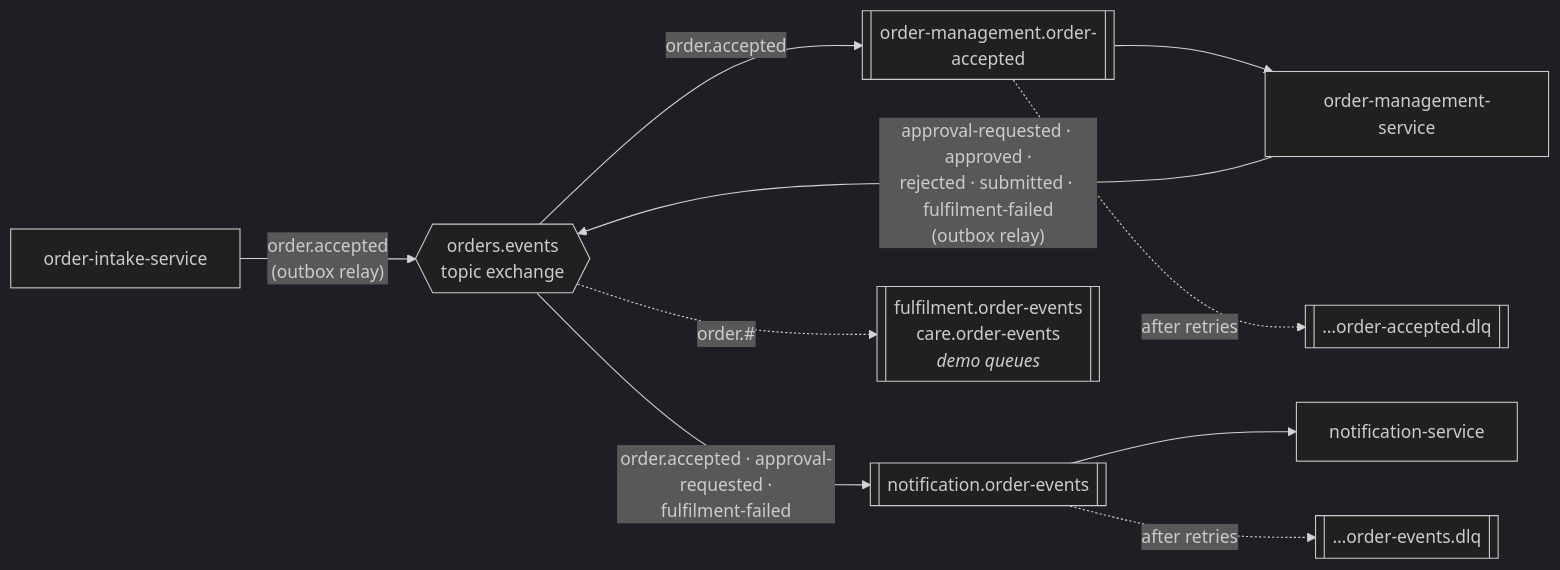
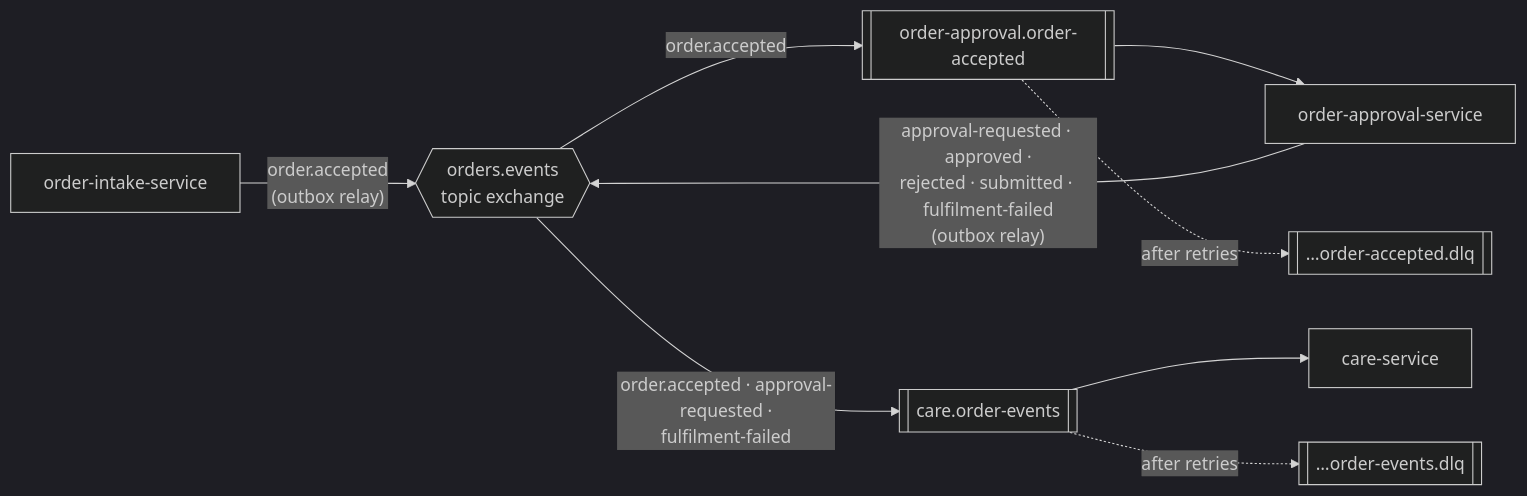
Before and after one commit to supriyathakur28/Melita: the second of 5 diagrams in docs/ARCHITECTURE.md, drawn with Mermaid (dark theme). The commit also changed other lines of this file and 4 other files, not shown here.

First line of the commit message:
Document the four-service architecture; check Fulfilment in Postman

````diff
--- a/docs/ARCHITECTURE.md
+++ b/docs/ARCHITECTURE.md
@@ -119,12 +119,11 @@
 ```mermaid
 flowchart LR
     OI["order-intake-service"] -- "order.accepted<br/>(outbox relay)" --> EX{{"orders.events<br/>topic exchange"}}
-    OM["order-management-service"] -- "approval-requested · approved ·<br/>rejected · submitted · fulfilment-failed<br/>(outbox relay)" --> EX
+    OM["order-approval-service"] -- "approval-requested · approved ·<br/>rejected · submitted · fulfilment-failed<br/>(outbox relay)" --> EX
 
-    EX -- "order.accepted" --> Q1[["order-management.order-accepted"]] --> OM
-    EX -- "order.accepted · approval-requested ·<br/>fulfilment-failed" --> Q2[["notification.order-events"]] --> NS["notification-service"]
-    EX -. "order.#" .-> Q3[["fulfilment.order-events<br/>care.order-events<br/><i>demo queues</i>"]]
+    EX -- "order.accepted" --> Q1[["order-approval.order-accepted"]] --> OM
+    EX -- "order.accepted · approval-requested ·<br/>fulfilment-failed" --> Q2[["care.order-events"]] --> NS["care-service"]
 
     Q1 -. "after retries" .-> DLQ1[["…order-accepted.dlq"]]
     Q2 -. "after retries" .-> DLQ2[["…order-events.dlq"]]
 ```
````
